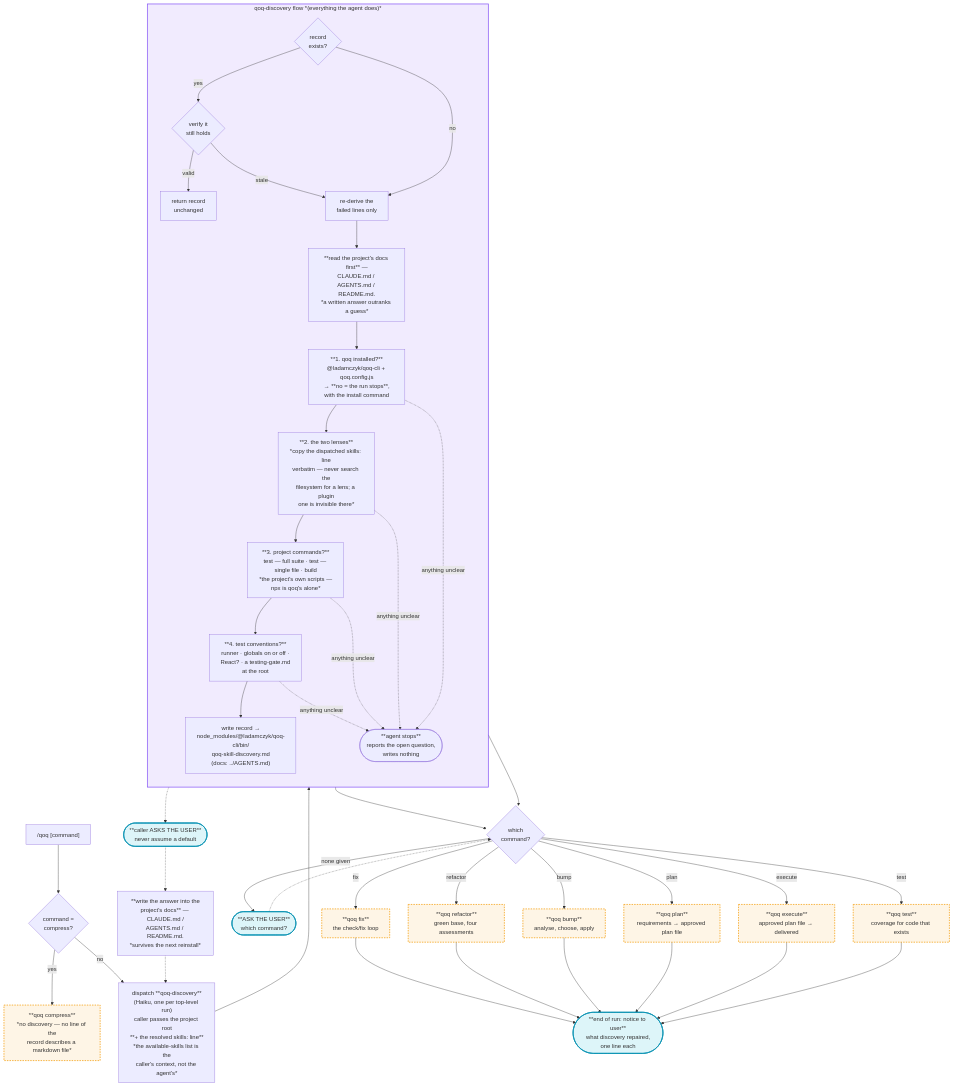
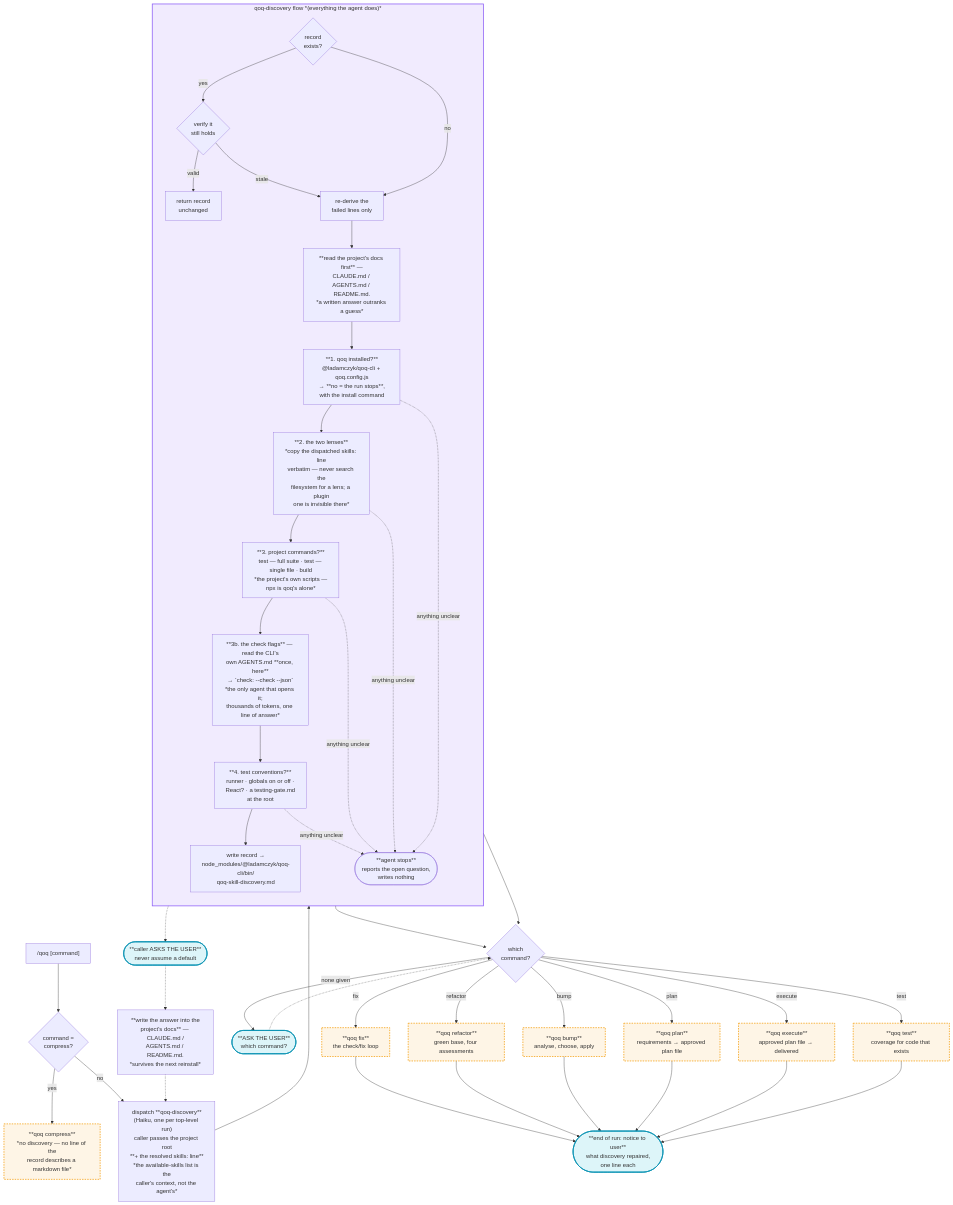
One commit to ladamczyk-it/qoq changed the first of 9 diagrams in docs/qoq-workflows.md. Above: the diagram before and after it, drawn with Mermaid. The commit also changed other lines of this file and 7 other files, not shown here.

Commit message:
fix: qoq skill adjust

````diff
--- a/docs/qoq-workflows.md
+++ b/docs/qoq-workflows.md
@@ -41,65 +41,66 @@
 ```mermaid
 flowchart TD
     Q["/qoq [command]"] --> ISC{"command =<br/>compress?"}
     ISC -->|"yes"| RCOMP["**qoq compress**<br/>*no discovery — no line of the<br/>record describes a markdown file*"]
     ISC -->|"no"| DISP
 
     DISP["dispatch **qoq-discovery**<br/>(Haiku, one per top-level run)<br/>caller passes the project root<br/>**+ the resolved skills: line**<br/>*the available-skills list is the<br/>caller's context, not the agent's*"]
 
     subgraph DISCO["qoq-discovery flow *(everything the agent does)*"]
         direction TB
         HAS{"record<br/>exists?"}
         HAS -->|yes| VER{"verify it<br/>still holds"}
         VER -->|valid| DONE["return record<br/>unchanged"]
         VER -->|stale| D0["re-derive the<br/>failed lines only"]
         HAS -->|no| D0
 
         D0 --> DOCS["**read the project's docs first** —<br/>CLAUDE.md / AGENTS.md / README.md.<br/>*a written answer outranks a guess*"]
         DOCS --> D1["**1. qoq installed?**<br/>@ladamczyk/qoq-cli + qoq.config.js<br/>→ **no = the run stops**,<br/>with the install command"]
         D1 --> D2["**2. the two lenses**<br/>*copy the dispatched skills: line<br/>verbatim — never search the<br/>filesystem for a lens; a plugin<br/>one is invisible there*"]
         D2 --> D3["**3. project commands?**<br/>test — full suite · test — single file · build<br/>*the project's own scripts —<br/>npx is qoq's alone*"]
-        D3 --> D4["**4. test conventions?**<br/>runner · globals on or off ·<br/>React? · a testing-gate.md<br/>at the root"]
-        D4 --> REC["write record →<br/>node_modules/@ladamczyk/qoq-cli/bin/<br/>qoq-skill-discovery.md<br/>(docs: ../AGENTS.md)"]
+        D3 --> D3B["**3b. the check flags** — read the CLI's<br/>own AGENTS.md **once, here**<br/>→ `check: --check --json`<br/>*the only agent that opens it;<br/>thousands of tokens, one line of answer*"]
+        D3B --> D4["**4. test conventions?**<br/>runner · globals on or off ·<br/>React? · a testing-gate.md<br/>at the root"]
+        D4 --> REC["write record →<br/>node_modules/@ladamczyk/qoq-cli/bin/<br/>qoq-skill-discovery.md"]
 
         BLOCK(["**agent stops**<br/>reports the open question,<br/>writes nothing"])
         D1 -.->|anything unclear| BLOCK
         D2 -.->|anything unclear| BLOCK
         D3 -.->|anything unclear| BLOCK
         D4 -.->|anything unclear| BLOCK
     end
 
     DISP --> HAS
 
     BLOCK -.-> ASK(["**caller ASKS THE USER**<br/>never assume a default"])
     ASK -.-> WRITE["**write the answer into the<br/>project's docs** — CLAUDE.md /<br/>AGENTS.md / README.md.<br/>*survives the next reinstall*"]
     WRITE -.-> DISP
 
     REC --> OPT
     DONE --> OPT
 
     OPT{"which<br/>command?"}
     OPT -->|"none given"| OASK(["**ASK THE USER**<br/>which command?"])
     OASK -.-> OPT
     OPT -->|fix| RFIX["**qoq fix**<br/>the check/fix loop"]
     OPT -->|refactor| RREF["**qoq refactor**<br/>green base, four assessments"]
     OPT -->|bump| RBUMP["**qoq bump**<br/>analyse, choose, apply"]
     OPT -->|plan| RPLAN["**qoq plan**<br/>requirements → approved plan file"]
     OPT -->|execute| REXEC["**qoq execute**<br/>approved plan file → delivered"]
     OPT -->|test| RTEST["**qoq test**<br/>coverage for code that exists"]
 
     RFIX --> NOTE
     RREF --> NOTE
     RBUMP --> NOTE
     RPLAN --> NOTE
     REXEC --> NOTE
     RTEST --> NOTE
     NOTE(["**end of run: notice to user**<br/>what discovery repaired,<br/>one line each"])
 
     classDef agent fill:#8b5cf61f,stroke:#8b5cf6,stroke-width:2px
     classDef command fill:#f59e0b1a,stroke:#f59e0b,stroke-width:2px,stroke-dasharray:4 3
     classDef user fill:#06b6d422,stroke:#0891b2,stroke-width:2px
 
     class DISCO agent
     class RFIX,RREF,RBUMP,RPLAN,REXEC,RTEST,RCOMP command
     class ASK,OASK,NOTE user
 ```
````
